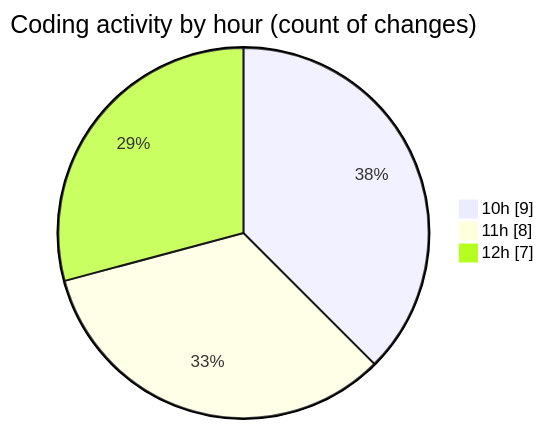
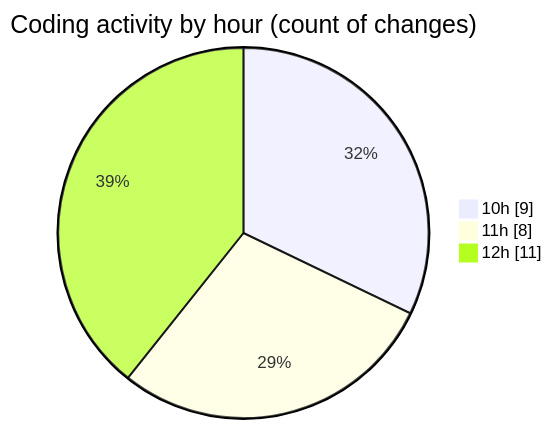
Before and after one commit to nxtqubesakshisongat/code-tracking: the second of 2 diagrams in 2026-04-16/airfeed-analytics-dashboard/README.md, drawn with Mermaid. The commit also changed other lines of this file and 1 other file, not shown here.

````diff
--- a/2026-04-16/airfeed-analytics-dashboard/README.md
+++ b/2026-04-16/airfeed-analytics-dashboard/README.md
@@ -35,7 +35,7 @@
 ```mermaid
 pie showData
 title Coding activity by hour (count of changes)
 "10h" : 9
 "11h" : 8
-"12h" : 7
+"12h" : 11
 ```
````
